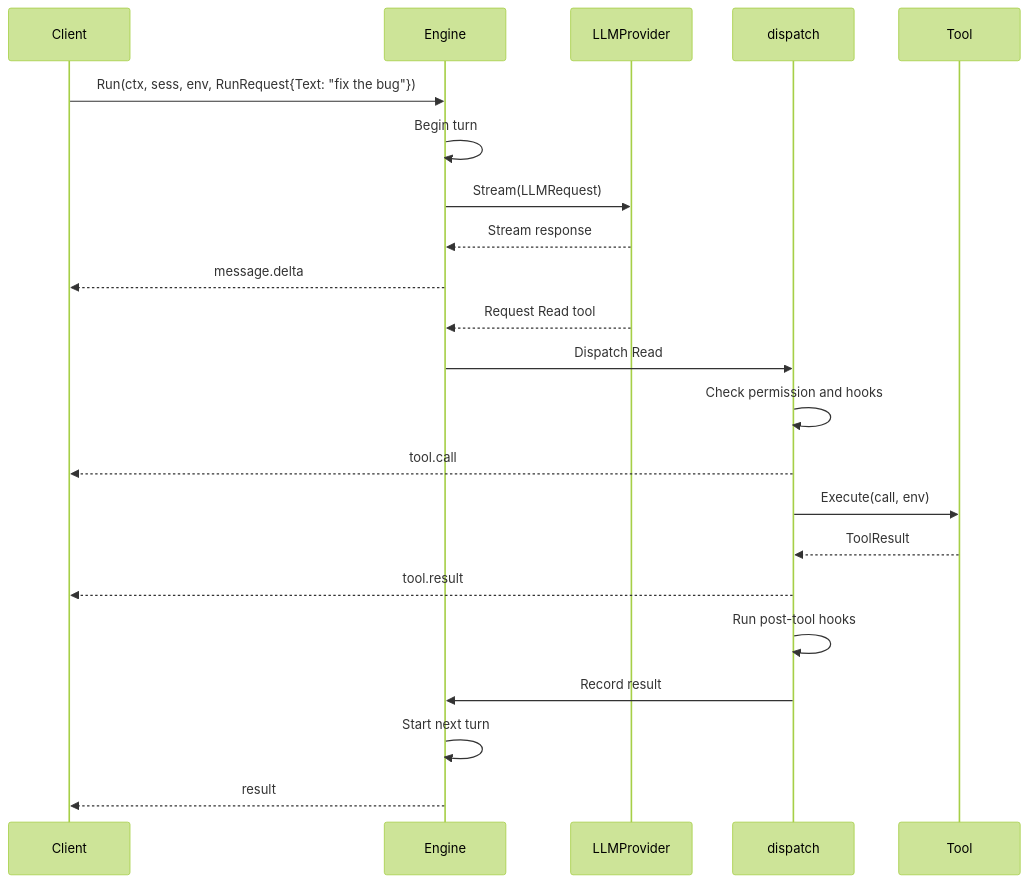
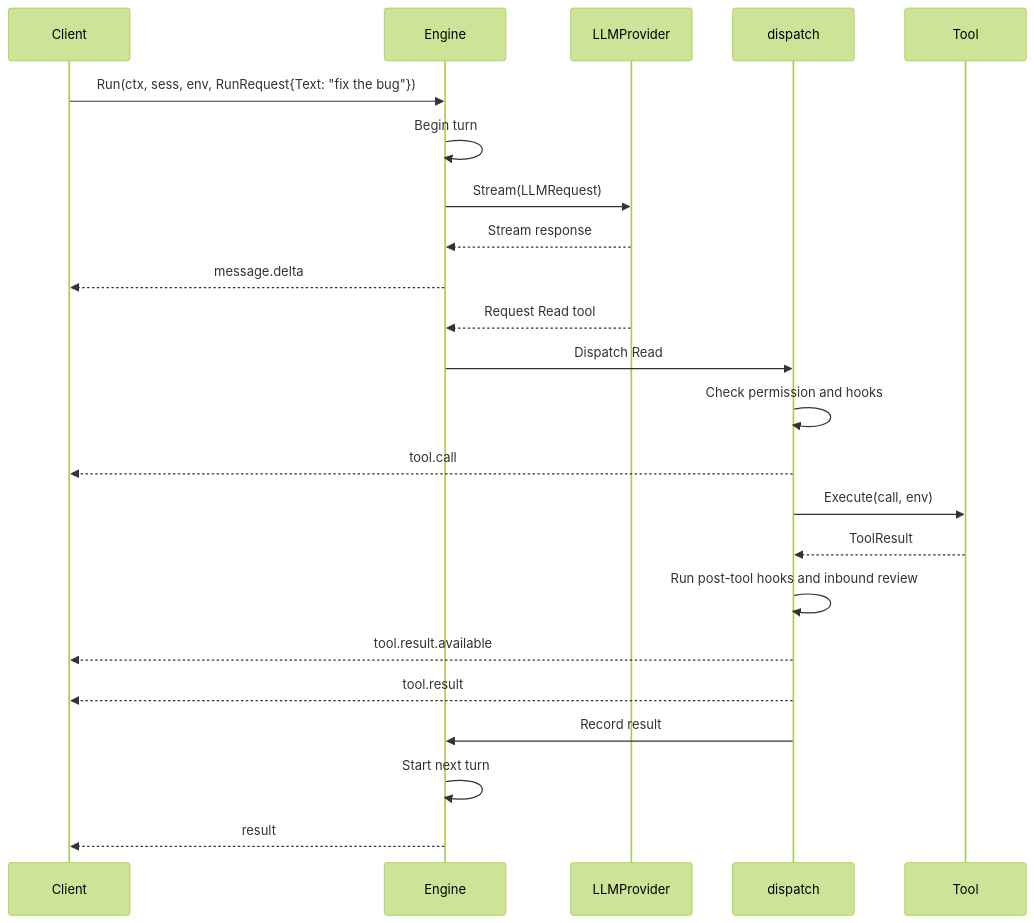
Before and after one commit to stacklok/mecatl: the diagram in user-docs/building/what-you-get/agent-loop.md, drawn with Mermaid (forest theme). The commit also changed other lines of this file and 1 other file, not shown here.

Commit message:
docs: explain tool-result availability

````diff
--- a/user-docs/building/what-you-get/agent-loop.md
+++ b/user-docs/building/what-you-get/agent-loop.md
@@ -35,24 +36,25 @@
 ```mermaid
 sequenceDiagram
   participant C as Client
   participant E as Engine
   participant L as LLMProvider
   participant D as dispatch
   participant T as Tool
   C->>E: Run(ctx, sess, env, RunRequest{Text: "fix the bug"})
   E->>E: Begin turn
   E->>L: Stream(LLMRequest)
   L-->>E: Stream response
   E-->>C: message.delta
   L-->>E: Request Read tool
   E->>D: Dispatch Read
   D->>D: Check permission and hooks
   D-->>C: tool.call
   D->>T: Execute(call, env)
   T-->>D: ToolResult
+  D->>D: Run post-tool hooks and inbound review
+  D-->>C: tool.result.available
   D-->>C: tool.result
-  D->>D: Run post-tool hooks
   D->>E: Record result
   E->>E: Start next turn
   E-->>C: result
 ```
````
